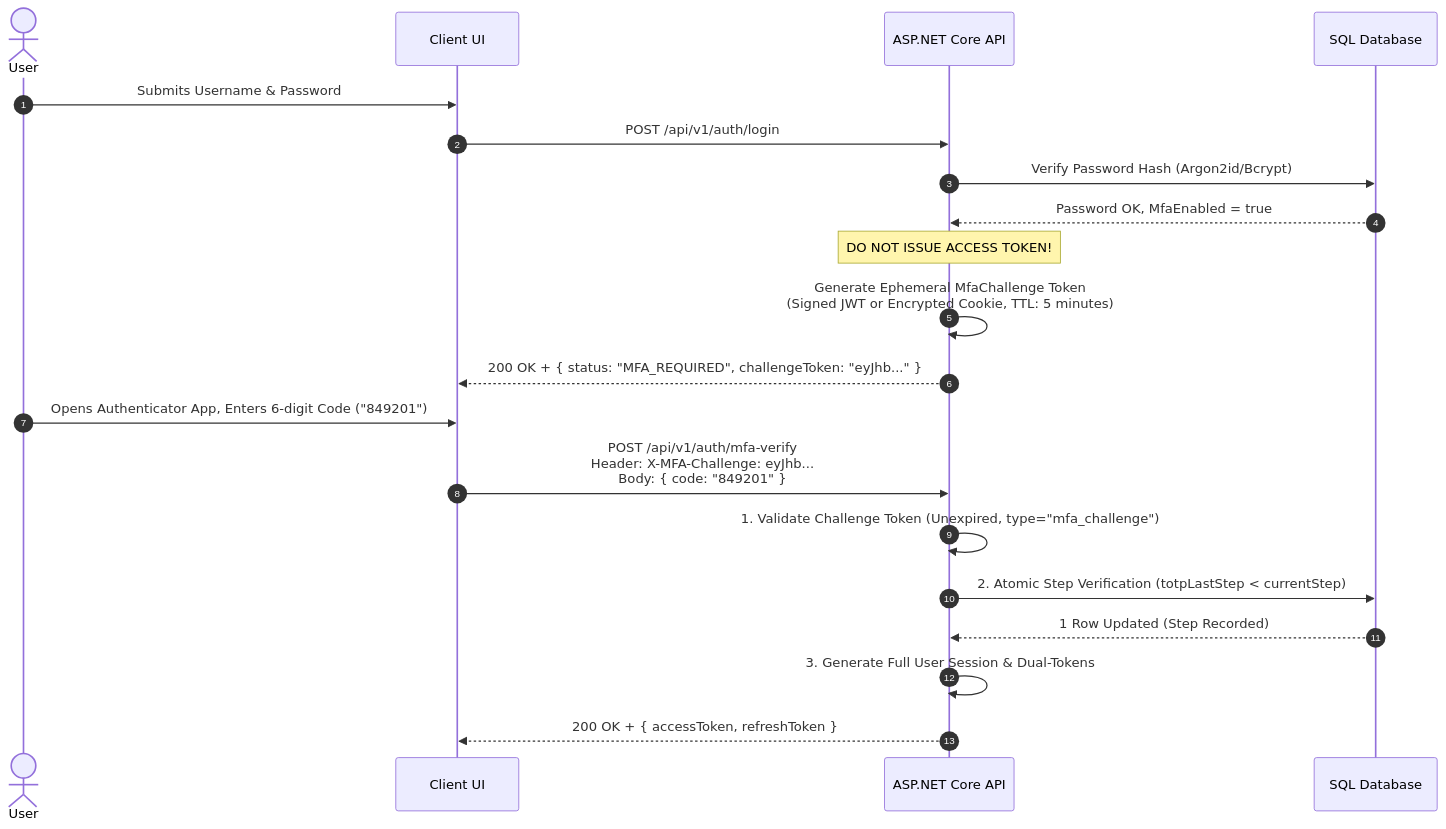
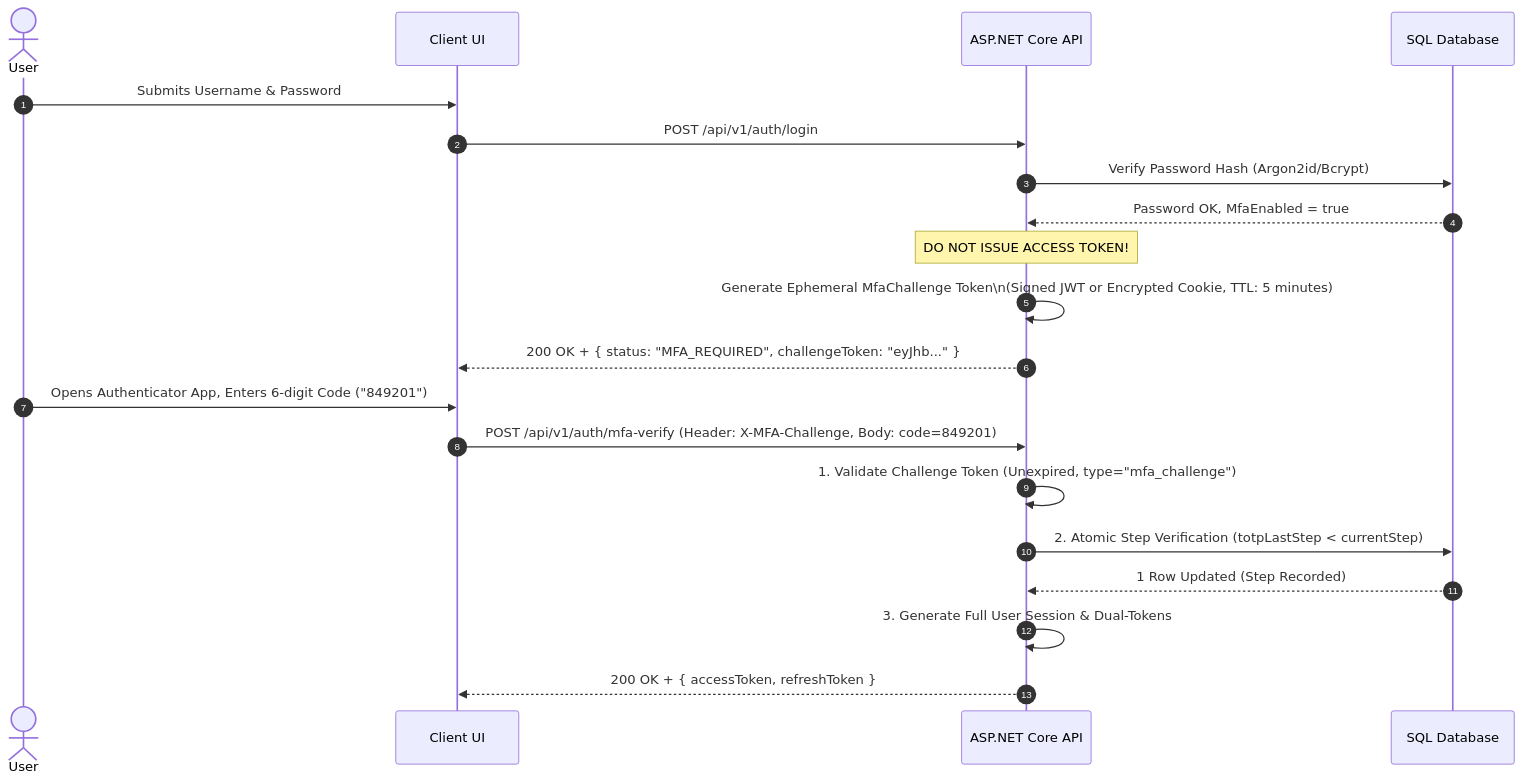
The diagram in 02-Authentication/12A-Inside-MFA-TOTP-Engine.md (MoAdel/PrincipalJourney), drawn with Mermaid before and after one commit. The commit also changed 197 other files, not shown here.

````diff
--- a/02-Authentication/12A-Inside-MFA-TOTP-Engine.md
+++ b/02-Authentication/12A-Inside-MFA-TOTP-Engine.md
@@ -123,24 +123,24 @@
 ```mermaid
 sequenceDiagram
     autonumber
     actor User
     participant App as Client UI
     participant API as ASP.NET Core API
     participant DB as SQL Database
 
     User->>App: Submits Username & Password
     App->>API: POST /api/v1/auth/login
     API->>DB: Verify Password Hash (Argon2id/Bcrypt)
     DB-->>API: Password OK, MfaEnabled = true
     Note over API: DO NOT ISSUE ACCESS TOKEN!
-    API->>API: Generate Ephemeral MfaChallenge Token<br/>(Signed JWT or Encrypted Cookie, TTL: 5 minutes)
+    API->>API: Generate Ephemeral MfaChallenge Token\n(Signed JWT or Encrypted Cookie, TTL: 5 minutes)
     API-->>App: 200 OK + { status: "MFA_REQUIRED", challengeToken: "eyJhb..." }
 
     User->>App: Opens Authenticator App, Enters 6-digit Code ("849201")
-    App->>API: POST /api/v1/auth/mfa-verify<br/>Header: X-MFA-Challenge: eyJhb...<br/>Body: { code: "849201" }
+    App->>API: POST /api/v1/auth/mfa-verify (Header: X-MFA-Challenge, Body: code=849201)
     API->>API: 1. Validate Challenge Token (Unexpired, type="mfa_challenge")
     API->>DB: 2. Atomic Step Verification (totpLastStep < currentStep)
     DB-->>API: 1 Row Updated (Step Recorded)
     API->>API: 3. Generate Full User Session & Dual-Tokens
     API-->>App: 200 OK + { accessToken, refreshToken }
 ```
````
